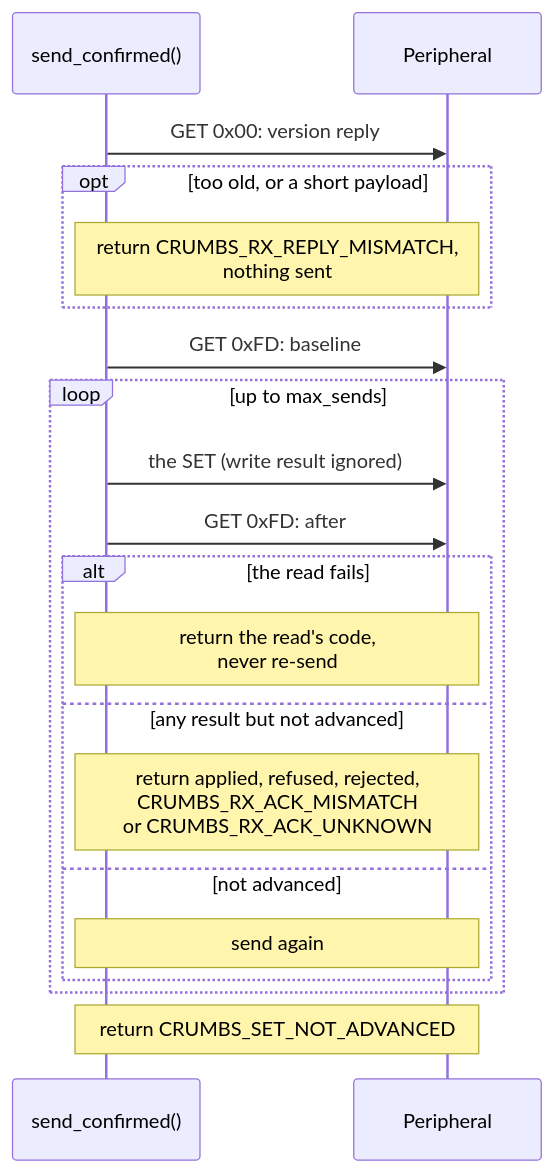
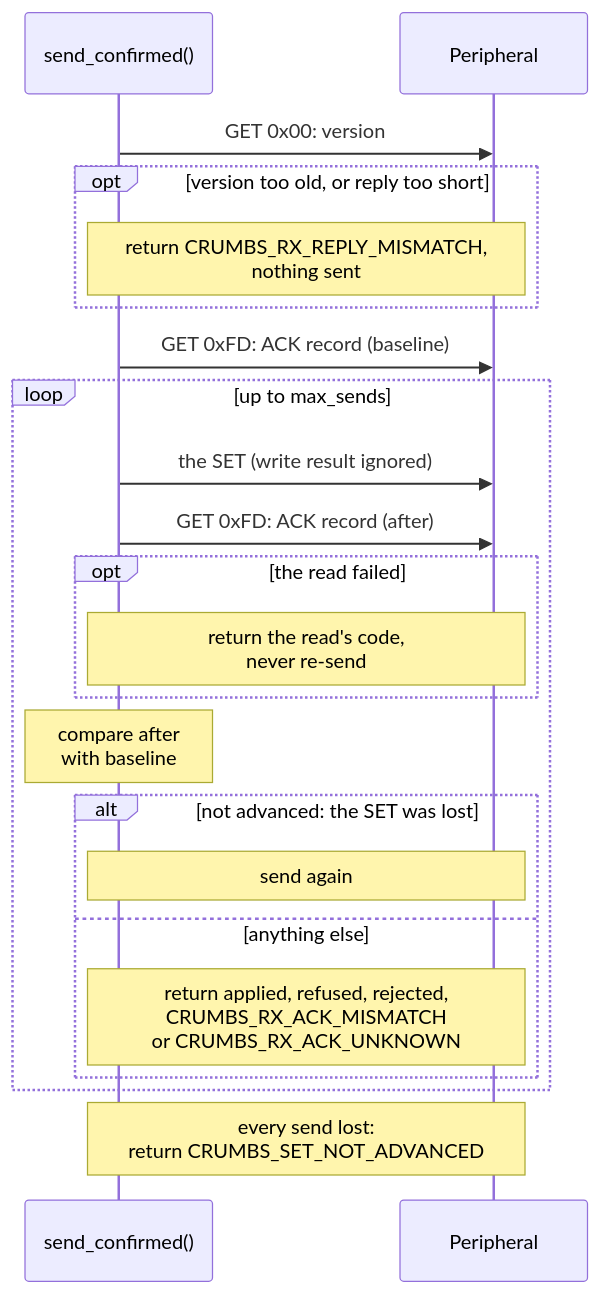
The fourth of 5 diagrams in docs/architecture.md (feastorg/CRUMBS), drawn with Mermaid before and after one commit. The commit also changed other lines of this file and 5 other files, not shown here.

First line of the commit message:
docs: make the figures and diagrams readable without the code (#136)

````diff
--- a/docs/architecture.md
+++ b/docs/architecture.md
@@ -176,22 +177,24 @@
 ```mermaid
 sequenceDiagram
     participant C as send_confirmed()
     participant P as Peripheral
-    C->>P: GET 0x00: version reply
-    opt too old, or a short payload
+    C->>P: GET 0x00: version
+    opt version too old, or reply too short
         Note over C,P: return CRUMBS_RX_REPLY_MISMATCH,<br/>nothing sent
     end
-    C->>P: GET 0xFD: baseline
+    C->>P: GET 0xFD: ACK record (baseline)
     loop up to max_sends
         C->>P: the SET (write result ignored)
-        C->>P: GET 0xFD: after
-        alt the read fails
+        C->>P: GET 0xFD: ACK record (after)
+        opt the read failed
             Note over C,P: return the read's code,<br/>never re-send
-        else any result but not advanced
+        end
+        Note over C: compare after<br/>with baseline
+        alt not advanced: the SET was lost
+            Note over C,P: send again
+        else anything else
             Note over C,P: return applied, refused, rejected,<br/>CRUMBS_RX_ACK_MISMATCH<br/>or CRUMBS_RX_ACK_UNKNOWN
-        else not advanced
-            Note over C,P: send again
         end
     end
-    Note over C,P: return CRUMBS_SET_NOT_ADVANCED
+    Note over C,P: every send lost:<br/>return CRUMBS_SET_NOT_ADVANCED
 ```
````
